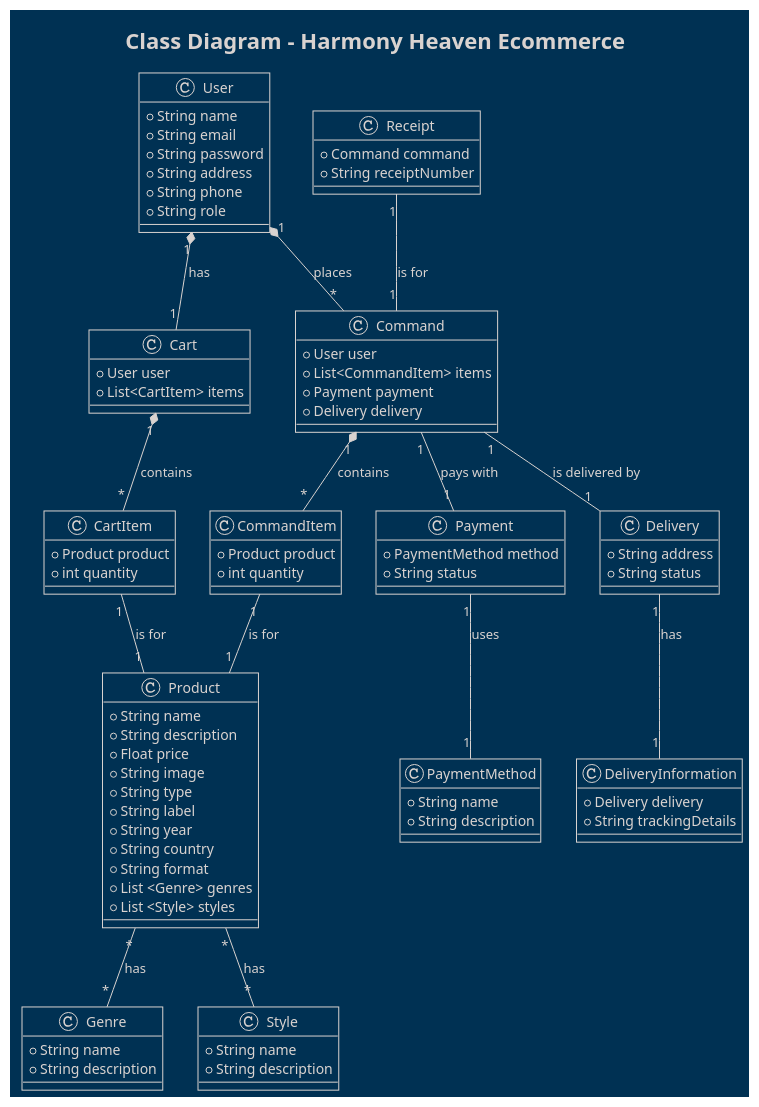
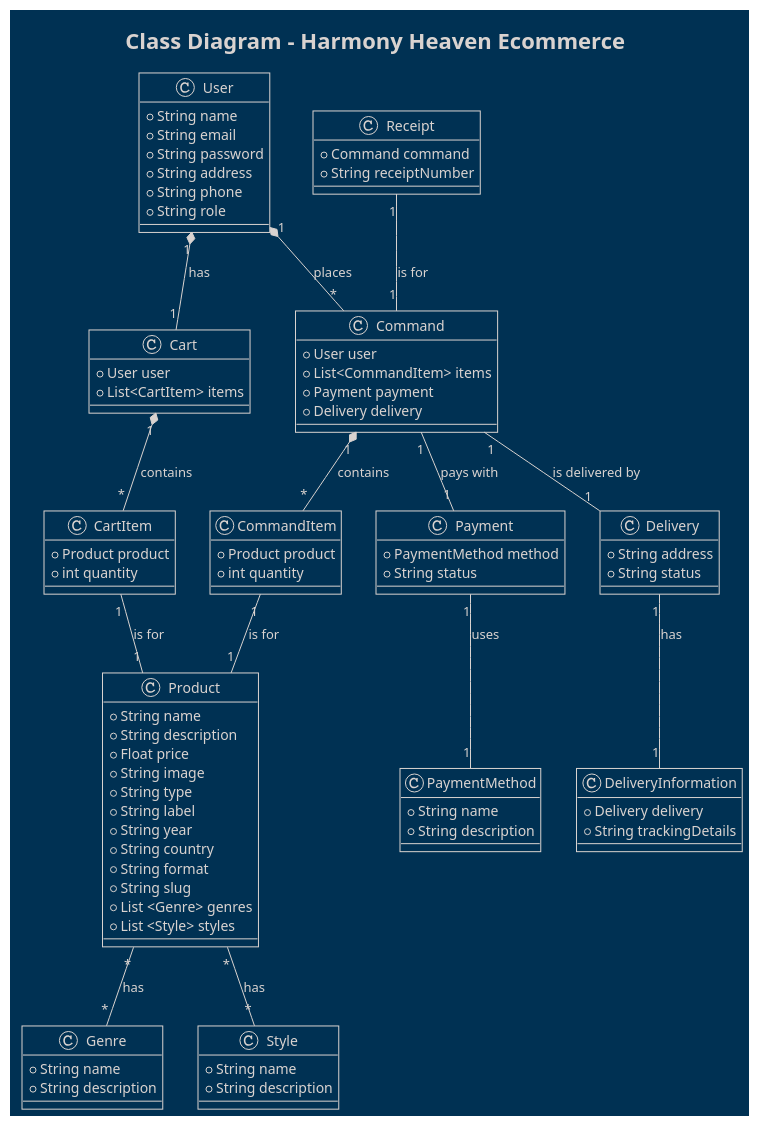
Before and after one commit to Pixeloceax/HarmonyHeaven: the diagram in diagram/class/database.wsd, drawn with PlantUML.

Commit message:
feat(diagram): add slug into product class

```diff
--- a/diagram/class/database.wsd
+++ b/diagram/class/database.wsd
@@ -1,128 +1,129 @@
 @startuml class diagram
 
 skin rose
 !theme blueprint
 
 
 title Class Diagram - Harmony Heaven Ecommerce
 
 class User {
     + String name
     + String email
     + String password
     + String address
     + String phone
     + String role
 }
 
 class Product {
     + String name
     + String description
     + Float price
     + String image
     + String type
     + String label
     + String year
     + String country
     + String format
+    + String slug
     + List <Genre> genres
     + List <Style> styles
 }
 
 class Genre {
     + String name
     + String description
 }
 
 class Style {
     + String name
     + String description
 }
 
 class Cart {
     + User user
     + List<CartItem> items
 }
 
 class CartItem {
     + Product product
     + int quantity
 }
 
 class Command {
     + User user
     + List<CommandItem> items
     + Payment payment
     + Delivery delivery
 }
 
 class CommandItem {
     + Product product
     + int quantity
 }
 
 class Receipt {
     + Command command
     + String receiptNumber
 
 }
 
 class PaymentMethod {
     + String name
     + String description
 }
 
 class Payment {
     + PaymentMethod method
     + String status
 }
 
 class Delivery {
     + String address
     + String status
 }
 
 class DeliveryInformation {
     + Delivery delivery
     + String trackingDetails
 }
 
 User "1" *-- "1" Cart : has  
 'Un utilisateur a un panier (relation un-à-un)
 
 Cart "1" *-- "*" CartItem : contains  
 'Un panier peut contenir plusieurs articles (relation un-à-plusieurs)
 
 User "1" *-- "*" Command : places 
 'Un utilisateur peut passer plusieurs commandes (relation un-à-plusieurs)
 
 Command "1" *-- "*" CommandItem : contains 
 'Une commande peut contenir plusieurs articles (relation un-à-plusieurs)
 
 Command "1" -- "1" Delivery : is delivered by 
 'Une commande est livrée par une livraison (relation un-à-un)
 
 Receipt "1" -- "1" Command : is for 
 'Un reçu est pour une commande (relation un-à-un)
 
 Command "1" -- "1" Payment : pays with 
 'Une commande est payée avec un paiement (relation un-à-un)
 
 Payment "1" -- "1" PaymentMethod : uses  
 'Un paiement utilise une méthode de paiement (relation un-à-un)
 
 Delivery "1" -- "1" DeliveryInformation : has  
  'Une livraison a des informations de livraison (relation un-à-un)
 
 CartItem "1" -- "1" Product : is for 
 'Un CartItem est pour un Product (relation un-à-un)
 
 CommandItem "1" -- "1" Product : is for 
 'Un commandItem est pour un Product (relation un-à-un)
 
 Product "*" -- "*" Genre : has  
 'Un produit peut avoir plusieurs genres et un genre peut appartenir à plusieurs produits (relation plusieurs-à-plusieurs)
 
 Product "*" -- "*" Style : has  
 'Un produit peut avoir plusieurs styles et un style peut appartenir à plusieurs produits (relation plusieurs-à-plusieurs)
 @enduml
```
